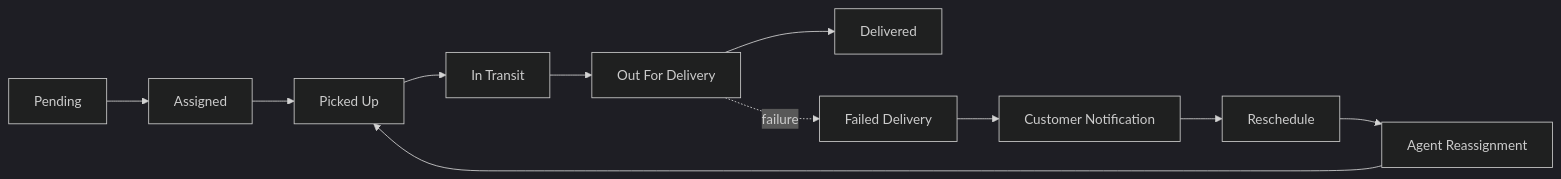
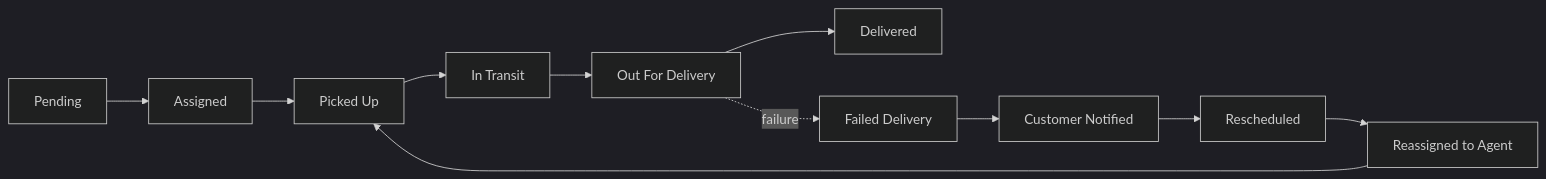
One commit to pruthvimotade/Unthinkable-updated-project changed the first of 2 diagrams in README.md. Above: the diagram before and after it, drawn with Mermaid (dark theme). The commit also changed other lines of this file, not shown here.

````diff
--- a/README.md
+++ b/README.md
@@ -135,13 +138,13 @@
 ```mermaid
 flowchart LR
     A[Pending] --> B[Assigned]
     B --> C[Picked Up]
     C --> D[In Transit]
     D --> E[Out For Delivery]
     E --> F[Delivered]
     E -.failure.-> G[Failed Delivery]
-    G --> H[Customer Notification]
-    H --> I[Reschedule]
-    I --> J[Agent Reassignment]
+    G --> H[Customer Notified]
+    H --> I[Rescheduled]
+    I --> J[Reassigned to Agent]
     J --> C
 ```
````
